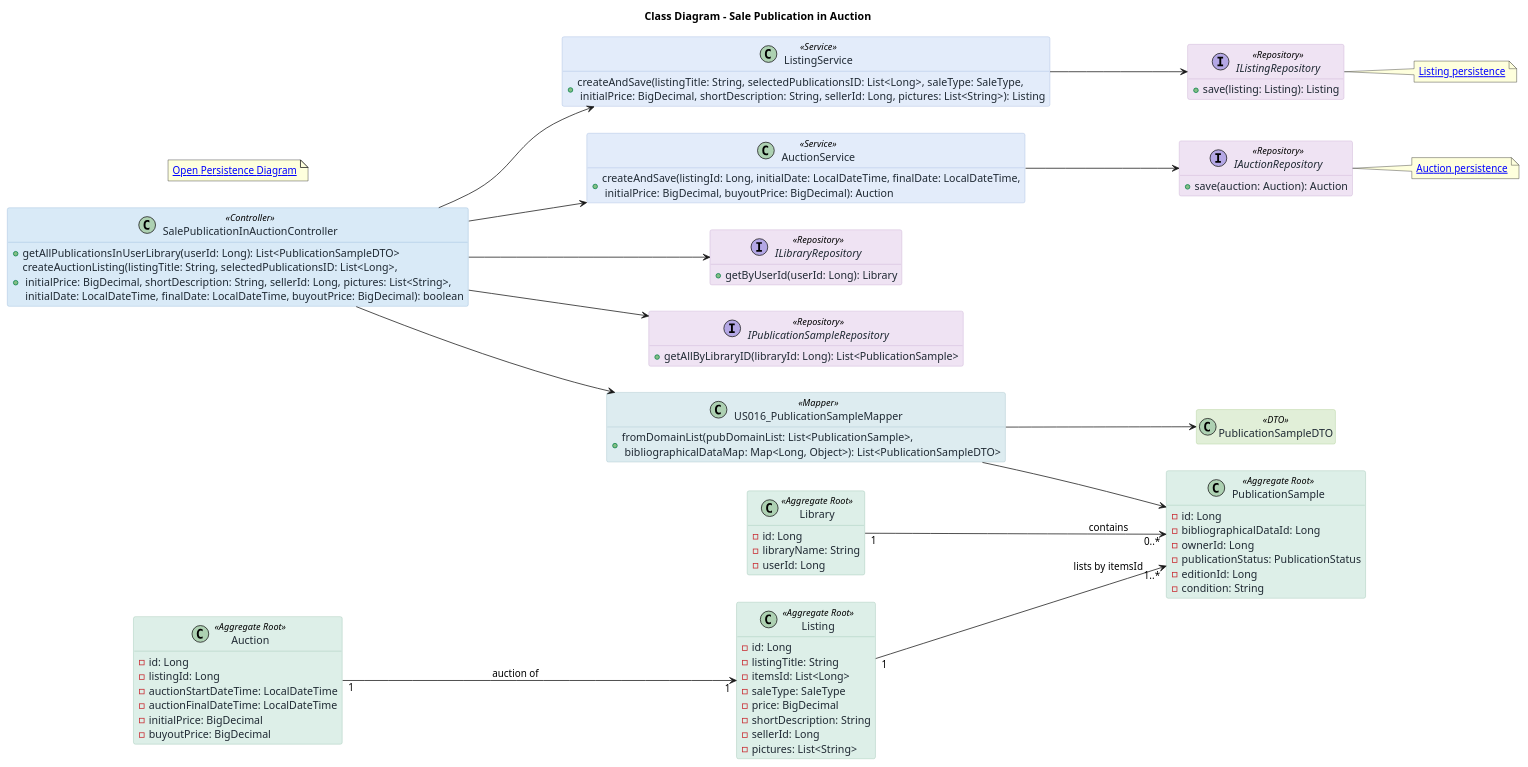
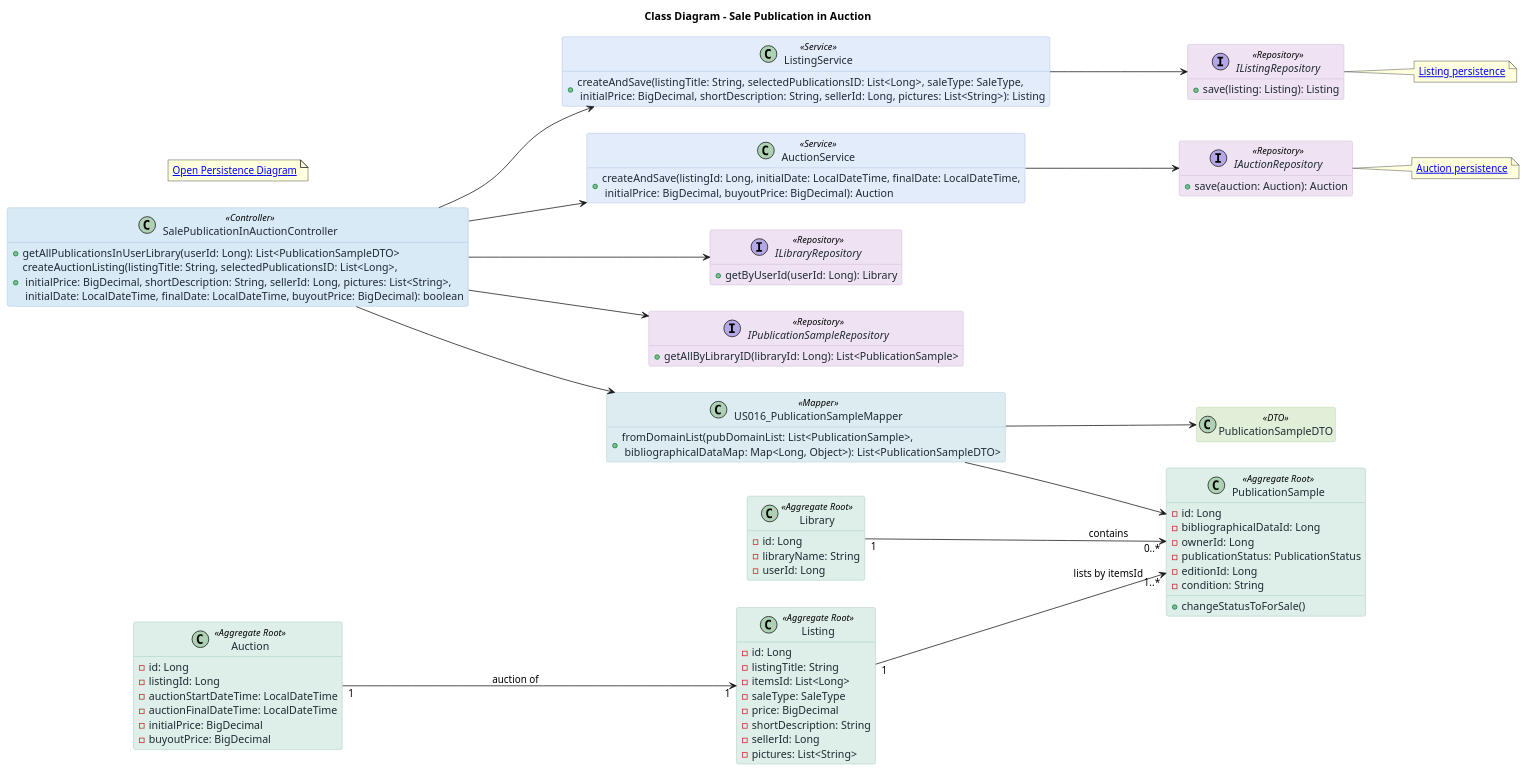
One commit to AndrePereiraGitH/SWitCH-Project-Team_A changed the diagram in Diagrams/ClassDiagrams/To-put-for-auction-publication-in-user-library/Main-Application-Domain.puml. Above: the diagram before and after it, drawn with PlantUML. The commit also changed 3 other files, not shown here.

```diff
--- a/Diagrams/ClassDiagrams/To-put-for-auction-publication-in-user-library/Main-Application-Domain.puml
+++ b/Diagrams/ClassDiagrams/To-put-for-auction-publication-in-user-library/Main-Application-Domain.puml
@@ -1,168 +1,169 @@
 @startuml
 title Class Diagram - Sale Publication in Auction
 
 left to right direction
 skinparam classAttributeIconSize 10
 hide empty members
 
 skinparam class {
   BackgroundColor<<Controller>> #D9EAF7
   BorderColor<<Controller>> #8FB6D6
   FontColor<<Controller>> #1F2933
   AttributeFontColor<<Controller>> #1F2933
   MethodFontColor<<Controller>> #1F2933
 
   BackgroundColor<<Service>> #E3ECFA
   BorderColor<<Service>> #9DB5DD
   FontColor<<Service>> #1F2933
   AttributeFontColor<<Service>> #1F2933
   MethodFontColor<<Service>> #1F2933
 
   BackgroundColor<<Aggregate Root>> #DDEFE8
   BorderColor<<Aggregate Root>> #94BFAE
   FontColor<<Aggregate Root>> #1F2933
   AttributeFontColor<<Aggregate Root>> #1F2933
   MethodFontColor<<Aggregate Root>> #1F2933
 
   BackgroundColor<<Repository>> #EFE3F3
   BorderColor<<Repository>> #C5A7CF
   FontColor<<Repository>> #1F2933
   AttributeFontColor<<Repository>> #1F2933
   MethodFontColor<<Repository>> #1F2933
 
   BackgroundColor<<JPA Repository>> #F3E8D9
   BorderColor<<JPA Repository>> #D2B48C
   FontColor<<JPA Repository>> #1F2933
   AttributeFontColor<<JPA Repository>> #1F2933
   MethodFontColor<<JPA Repository>> #1F2933
 
   BackgroundColor<<Assembler>> #E5E7EB
   BorderColor<<Assembler>> #B0B7C3
   FontColor<<Assembler>> #1F2933
   AttributeFontColor<<Assembler>> #1F2933
   MethodFontColor<<Assembler>> #1F2933
 
   BackgroundColor<<Factory>> #F5EFCB
   BorderColor<<Factory>> #D8C96A
   FontColor<<Factory>> #1F2933
   AttributeFontColor<<Factory>> #1F2933
   MethodFontColor<<Factory>> #1F2933
 
   BackgroundColor<<Data Model>> #E6E0F0
   BorderColor<<Data Model>> #B8A8D1
   FontColor<<Data Model>> #1F2933
   AttributeFontColor<<Data Model>> #1F2933
   MethodFontColor<<Data Model>> #1F2933
 
   BackgroundColor<<DTO>> #E1EFD8
   BorderColor<<DTO>> #A7C98E
   FontColor<<DTO>> #1F2933
   AttributeFontColor<<DTO>> #1F2933
   MethodFontColor<<DTO>> #1F2933
 
   BackgroundColor<<Mapper>> #DDECF0
   BorderColor<<Mapper>> #9FBFC8
   FontColor<<Mapper>> #1F2933
   AttributeFontColor<<Mapper>> #1F2933
   MethodFontColor<<Mapper>> #1F2933
 }
 
 class SalePublicationInAuctionController <<Controller>>{
   +getAllPublicationsInUserLibrary(userId: Long): List<PublicationSampleDTO>
   +createAuctionListing(listingTitle: String, selectedPublicationsID: List<Long>,\n initialPrice: BigDecimal, shortDescription: String, sellerId: Long, pictures: List<String>,\n initialDate: LocalDateTime, finalDate: LocalDateTime, buyoutPrice: BigDecimal): boolean
 }
 
 class ListingService <<Service>> {
   +createAndSave(listingTitle: String, selectedPublicationsID: List<Long>, saleType: SaleType,\n initialPrice: BigDecimal, shortDescription: String, sellerId: Long, pictures: List<String>): Listing
 }
 
 class AuctionService <<Service>>{
   +createAndSave(listingId: Long, initialDate: LocalDateTime, finalDate: LocalDateTime,\n initialPrice: BigDecimal, buyoutPrice: BigDecimal): Auction
 }
 
 class Library <<Aggregate Root>> {
   -id: Long
   -libraryName: String
   -userId: Long
 }
 
 class PublicationSample <<Aggregate Root>> {
   -id: Long
   -bibliographicalDataId: Long
   -ownerId: Long
   -publicationStatus: PublicationStatus
   -editionId: Long
   -condition: String
+  +changeStatusToForSale()
 }
 
 class Listing <<Aggregate Root>> {
   -id: Long
   -listingTitle: String
   -itemsId: List<Long>
   -saleType: SaleType
   -price: BigDecimal
   -shortDescription: String
   -sellerId: Long
   -pictures: List<String>
 }
 
 class Auction <<Aggregate Root>> {
   -id: Long
   -listingId: Long
   -auctionStartDateTime: LocalDateTime
   -auctionFinalDateTime: LocalDateTime
   -initialPrice: BigDecimal
   -buyoutPrice: BigDecimal
 }
 
 interface ILibraryRepository <<Repository>> {
   +getByUserId(userId: Long): Library
 }
 
 interface IPublicationSampleRepository <<Repository>>{
   +getAllByLibraryID(libraryId: Long): List<PublicationSample>
 }
 
 interface IListingRepository <<Repository>>{
   +save(listing: Listing): Listing
 }
 
 interface IAuctionRepository <<Repository>>{
   +save(auction: Auction): Auction
 }
 
 class PublicationSampleDTO <<DTO>>
 
 class US016_PublicationSampleMapper <<Mapper>> {
   +fromDomainList(pubDomainList: List<PublicationSample>,\n bibliographicalDataMap: Map<Long, Object>): List<PublicationSampleDTO>
 }
 
 note as PersistenceLink
 [[Persistence.puml Open Persistence Diagram]]
 end note
 
 note right of IListingRepository
 [[Persistence.puml Listing persistence]]
 end note
 
 note right of IAuctionRepository
 [[Persistence.puml Auction persistence]]
 end note
 
 SalePublicationInAuctionController --> ILibraryRepository
 SalePublicationInAuctionController --> IPublicationSampleRepository
 SalePublicationInAuctionController --> US016_PublicationSampleMapper
 SalePublicationInAuctionController --> ListingService
 SalePublicationInAuctionController --> AuctionService
 
 ListingService --> IListingRepository
 AuctionService --> IAuctionRepository
 
 Library "1" --> "0..*" PublicationSample : contains
 Listing "1" --> "1..*" PublicationSample : lists by itemsId
 Auction "1" --> "1" Listing : auction of
 
 US016_PublicationSampleMapper --> PublicationSample
 US016_PublicationSampleMapper --> PublicationSampleDTO
 
 @enduml
```
